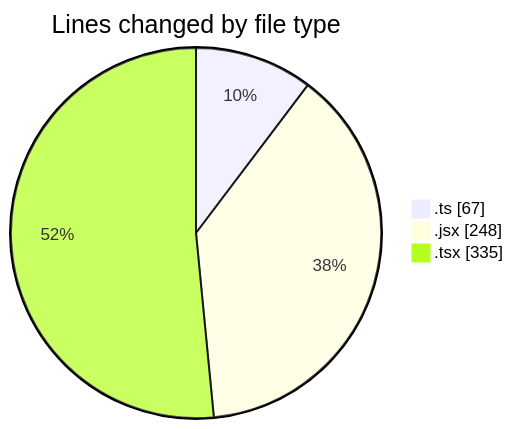
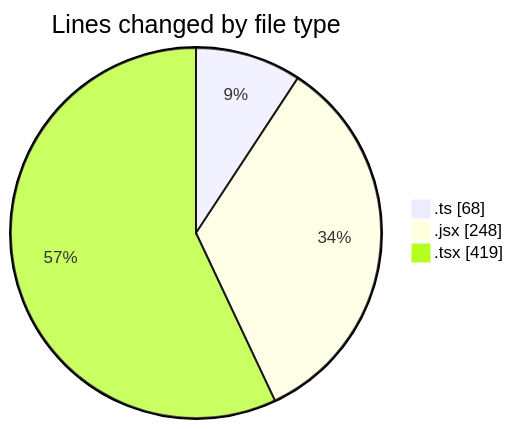
The first of 2 diagrams in 2025-02-08/termonied-web/README.md (robertbonfada/code-tracking), drawn with Mermaid before and after one commit. The commit also changed other lines of this file and 1 other file, not shown here.

````diff
--- a/2025-02-08/termonied-web/README.md
+++ b/2025-02-08/termonied-web/README.md
@@ -24,7 +26,7 @@
 ```mermaid
 pie showData
 title Lines changed by file type
-".ts" : 67
+".ts" : 68
 ".jsx" : 248
-".tsx" : 335
+".tsx" : 419
 ```
````
